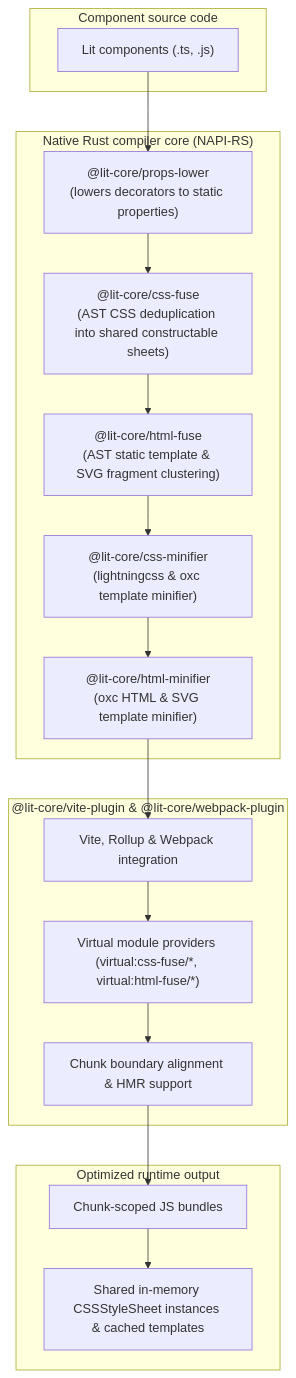
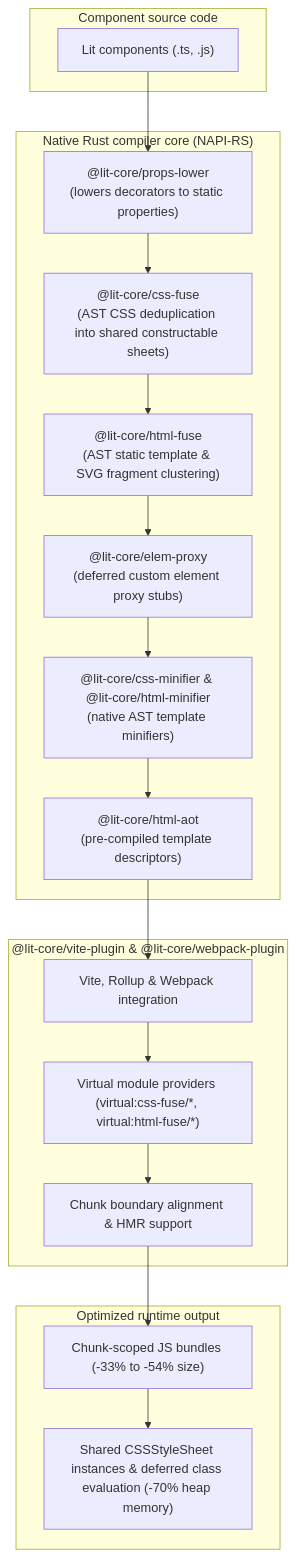
Before and after one commit to lit-core/core: the diagram in README.md, drawn with Mermaid. The commit also changed other lines of this file and 42 other files, not shown here.

Commit message:
docs: add package architecture documentation and update benchmark results

````diff
--- a/README.md
+++ b/README.md
@@ -7,36 +7,38 @@
 ```mermaid
 flowchart TD
     subgraph Sources ["Component source code"]
         A["Lit components (.ts, .js)"]
     end
 
     subgraph NativeCore ["Native Rust compiler core (NAPI-RS)"]
         B["@lit-core/props-lower<br/>(lowers decorators to static properties)"]
         C["@lit-core/css-fuse<br/>(AST CSS deduplication into shared constructable sheets)"]
         D["@lit-core/html-fuse<br/>(AST static template & SVG fragment clustering)"]
-        E["@lit-core/css-minifier<br/>(lightningcss & oxc template minifier)"]
-        F["@lit-core/html-minifier<br/>(oxc HTML & SVG template minifier)"]
+        E["@lit-core/elem-proxy<br/>(deferred custom element proxy stubs)"]
+        F["@lit-core/css-minifier & @lit-core/html-minifier<br/>(native AST template minifiers)"]
+        G["@lit-core/html-aot<br/>(pre-compiled template descriptors)"]
     end
 
     subgraph BundlerPlugin ["@lit-core/vite-plugin & @lit-core/webpack-plugin"]
-        G["Vite, Rollup & Webpack integration"]
-        H["Virtual module providers (virtual:css-fuse/*, virtual:html-fuse/*)"]
-        I["Chunk boundary alignment & HMR support"]
+        H["Vite, Rollup & Webpack integration"]
+        I["Virtual module providers (virtual:css-fuse/*, virtual:html-fuse/*)"]
+        J["Chunk boundary alignment & HMR support"]
     end
 
     subgraph Output ["Optimized runtime output"]
-        J["Chunk-scoped JS bundles"]
-        K["Shared in-memory CSSStyleSheet instances & cached templates"]
+        K["Chunk-scoped JS bundles (-33% to -54% size)"]
+        L["Shared CSSStyleSheet instances & deferred class evaluation (-70% heap memory)"]
     end
 
     A --> B
     B --> C
     C --> D
     D --> E
     E --> F
     F --> G
     G --> H
     H --> I
     I --> J
     J --> K
+    K --> L
 ```
````
